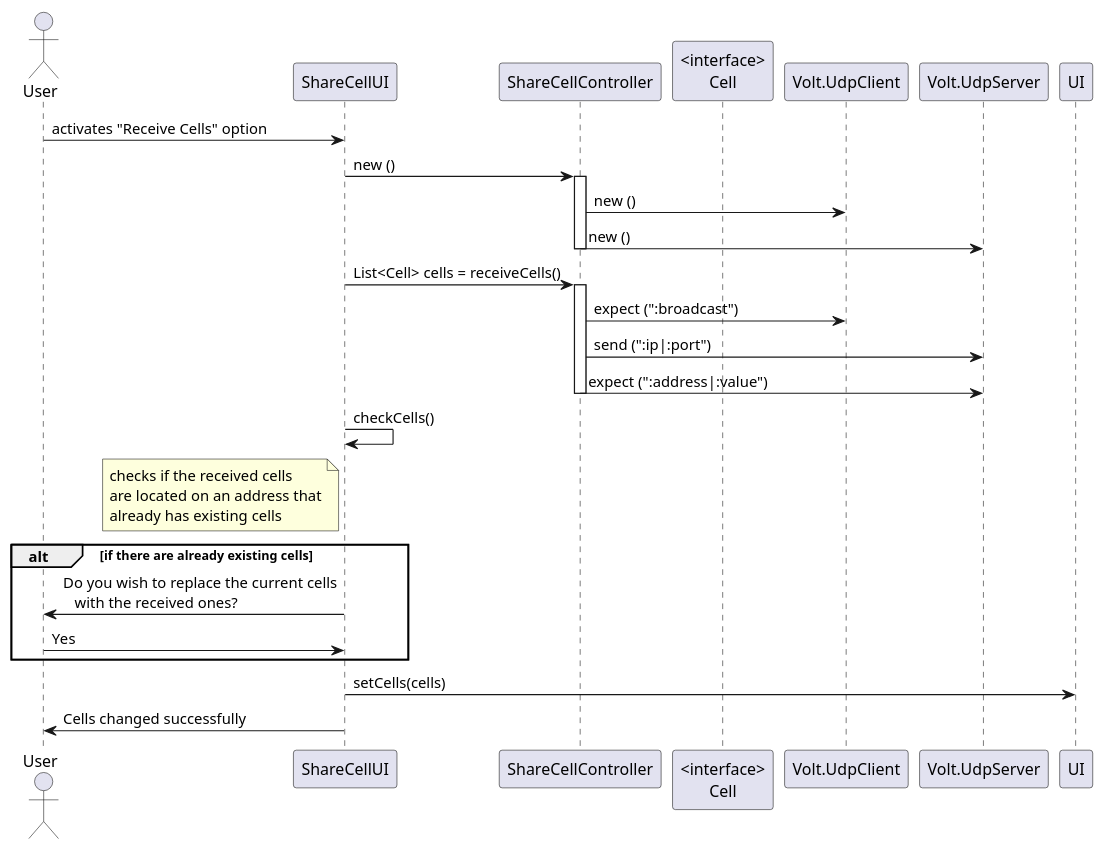
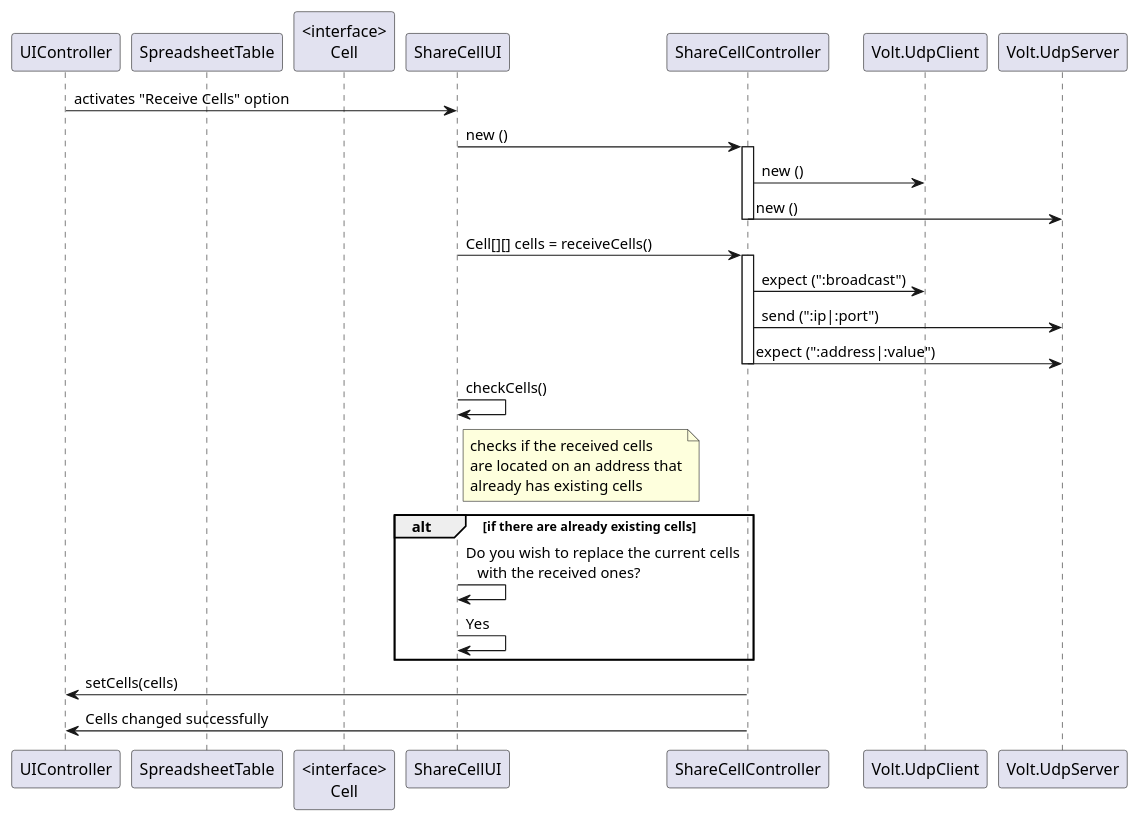
The diagram in src/main/java/csheets/worklog/n1140611/sprint1/ipc01_01_design1.puml (RubenTeixeira/cleansheets_isep_2dg_2016), drawn with PlantUML before and after one commit. The commit also changed 1 other file, not shown here.

```diff
--- a/src/main/java/csheets/worklog/n1140611/sprint1/ipc01_01_design1.puml
+++ b/src/main/java/csheets/worklog/n1140611/sprint1/ipc01_01_design1.puml
@@ -1,39 +1,39 @@
 @startuml doc-files/ipc01_01_design1.png
 
-actor User 
+participant "UIController" as UIController
+participant "SpreadsheetTable" as SpreadsheetTable
+participant "<interface>\nCell" as Cell
 participant "ShareCellUI" as ShareCellUI
 participant "ShareCellController" as ShareCellController
-participant "<interface>\nCell" as Cell
 participant "Volt.UdpClient" as UdpClient
 participant "Volt.UdpServer" as UdpServer
-participant "UI" as UI
 
-User->ShareCellUI: activates "Receive Cells" option
+UIController->ShareCellUI: activates "Receive Cells" option
 ShareCellUI->ShareCellController: new ()
 
 activate ShareCellController
 ShareCellController->UdpClient: new ()
 ShareCellController->UdpServer: new ()
 deactivate ShareCellController
 
-ShareCellUI->ShareCellController:  List<Cell> cells = receiveCells()
+ShareCellUI->ShareCellController: Cell[][] cells = receiveCells()
 
 activate ShareCellController
 ShareCellController->UdpClient: expect (":broadcast")
 ShareCellController->UdpServer: send (":ip|:port")
 
 ShareCellController->UdpServer: expect (":address|:value")
 deactivate ShareCellController
 
 ShareCellUI->ShareCellUI: checkCells()
-note left of ShareCellUI: checks if the received cells\nare located on an address that\nalready has existing cells
+note right of ShareCellUI: checks if the received cells\nare located on an address that\nalready has existing cells
 
 alt if there are already existing cells
-    ShareCellUI->User: Do you wish to replace the current cells\n   with the received ones?
-    User->ShareCellUI: Yes
+    ShareCellUI->ShareCellUI: Do you wish to replace the current cells\n   with the received ones?
+    ShareCellUI->ShareCellUI: Yes
 end
 	
-ShareCellUI->UI: setCells(cells)
-ShareCellUI->User: Cells changed successfully
+ShareCellController->UIController: setCells(cells)
+ShareCellController->UIController: Cells changed successfully
 
 @enduml
```
